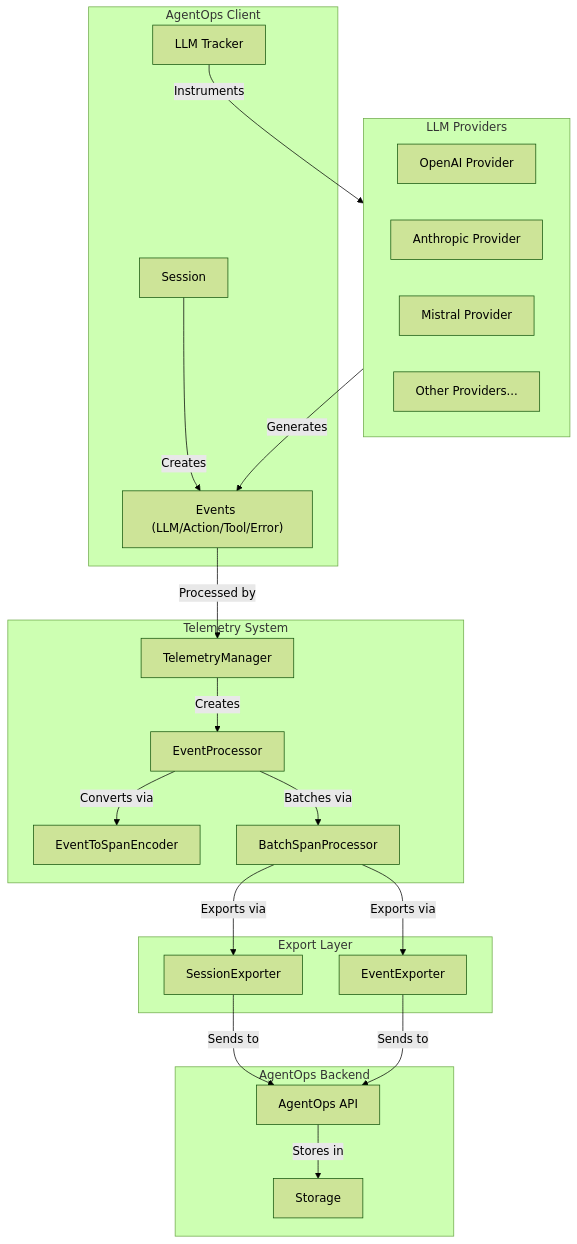
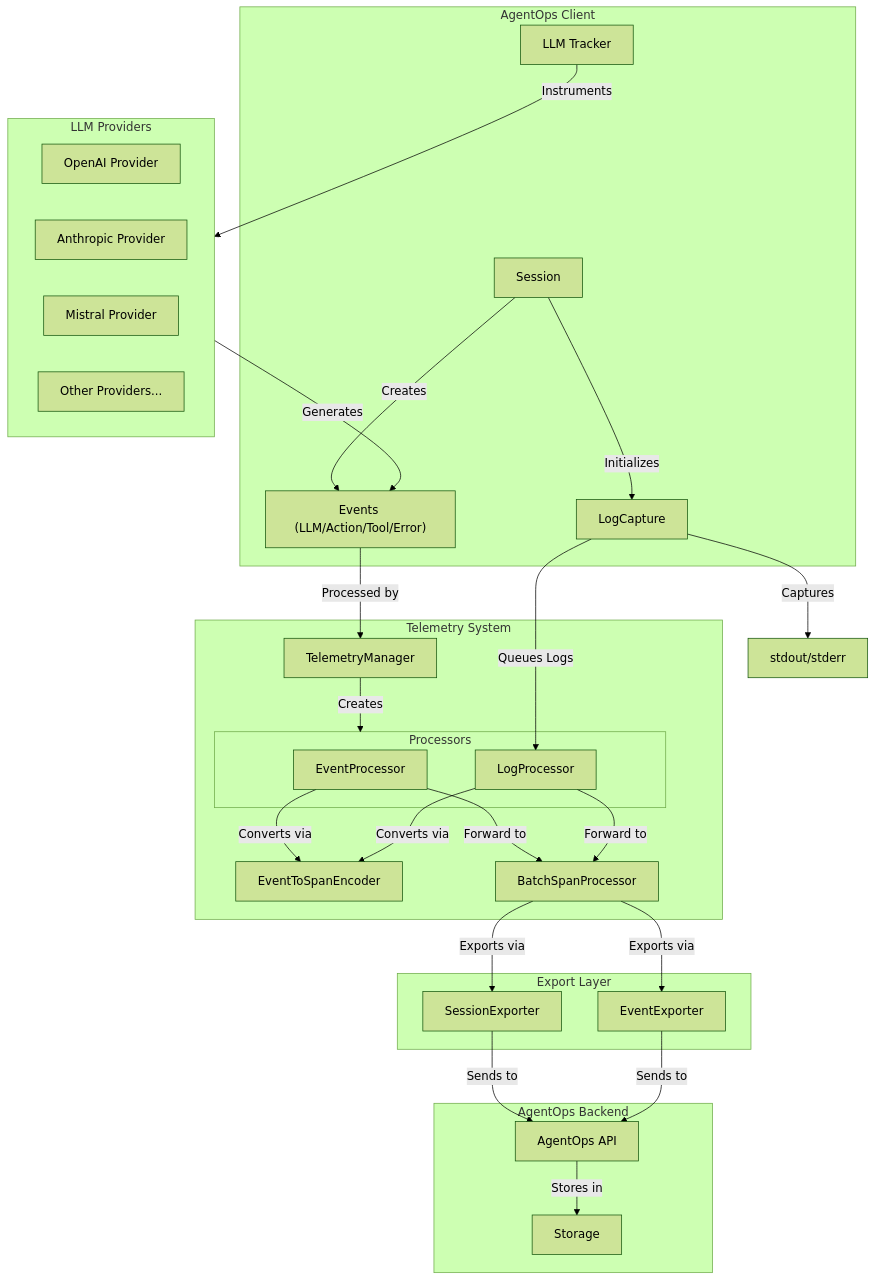
Before and after one commit to AgentOps-AI/agentops: the diagram in agentops/telemetry/DESIGN.mermaid.md, drawn with Mermaid (forest theme).

````diff
--- a/agentops/telemetry/DESIGN.mermaid.md
+++ b/agentops/telemetry/DESIGN.mermaid.md
@@ -1,49 +1,60 @@
 ```mermaid
 flowchart TB
     subgraph Client["AgentOps Client"]
         Session["Session"]
         Events["Events (LLM/Action/Tool/Error)"]
         LLMTracker["LLM Tracker"]
+        LogCapture["LogCapture"]
     end
 
     subgraph Providers["LLM Providers"]
         OpenAI["OpenAI Provider"]
         Anthropic["Anthropic Provider"]
         Mistral["Mistral Provider"]
         Other["Other Providers..."]
     end
 
     subgraph TelemetrySystem["Telemetry System"]
         TelemetryManager["TelemetryManager"]
-        EventProcessor["EventProcessor"]
+        
+        subgraph Processors["Processors"]
+            EventProcessor["EventProcessor"]
+            LogProcessor["LogProcessor"]
+        end
+        
         SpanEncoder["EventToSpanEncoder"]
         BatchProcessor["BatchSpanProcessor"]
     end
 
     subgraph Export["Export Layer"]
         SessionExporter["SessionExporter"]
         EventExporter["EventExporter"]
     end
 
     subgraph Backend["AgentOps Backend"]
         API["AgentOps API"]
         Storage["Storage"]
     end
 
     %% Flow connections
     Session -->|Creates| Events
+    Session -->|Initializes| LogCapture
+    LogCapture -->|Captures| StdOut["stdout/stderr"]
+    LogCapture -->|Queues Logs| LogProcessor
+    
     LLMTracker -->|Instruments| Providers
     Providers -->|Generates| Events
     Events -->|Processed by| TelemetryManager
     
-    TelemetryManager -->|Creates| EventProcessor
+    TelemetryManager -->|Creates| Processors
     EventProcessor -->|Converts via| SpanEncoder
-    EventProcessor -->|Batches via| BatchProcessor
+    LogProcessor -->|Converts via| SpanEncoder
+    EventProcessor & LogProcessor -->|Forward to| BatchProcessor
     
     BatchProcessor -->|Exports via| SessionExporter
     BatchProcessor -->|Exports via| EventExporter
     
     SessionExporter -->|Sends to| API
     EventExporter -->|Sends to| API
     API -->|Stores in| Storage
 ```
````
